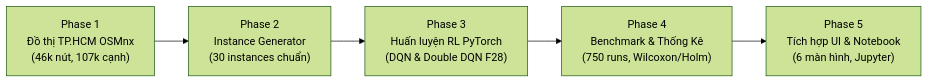
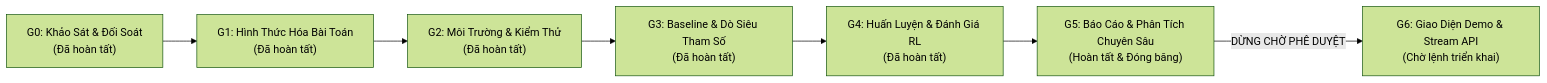
Before and after one commit to philipsgn/HotWAY: the diagram in PLAN.md, drawn with Mermaid (forest theme). The commit also changed other lines of this file and 193 other files, not shown here.

````diff
--- a/PLAN.md
+++ b/PLAN.md
@@ -12,7 +12,9 @@
 ```mermaid
 flowchart LR
-    G1["Phase 1\nĐồ thị TP.HCM OSMnx\n(46k nút, 107k cạnh)"] --> G2["Phase 2\nInstance Generator\n(30 instances chuẩn)"]
-    G2 --> G3["Phase 3\nHuấn luyện RL PyTorch\n(DQN & Double DQN F28)"]
-    G3 --> G4["Phase 4\nBenchmark & Thống Kê\n(750 runs, Wilcoxon/Holm)"]
-    G4 --> G5["Phase 5\nTích hợp UI & Notebook\n(6 màn hình, Jupyter)"]
+    G0["G0: Khảo Sát & Đối Soát\n(Đã hoàn tất)"] --> G1["G1: Hình Thức Hóa Bài Toán\n(Đã hoàn tất)"]
+    G1 --> G2["G2: Môi Trường & Kiểm Thử\n(Đã hoàn tất)"]
+    G2 --> G3["G3: Baseline & Dò Siêu Tham Số\n(Đã hoàn tất)"]
+    G3 --> G4["G4: Huấn Luyện & Đánh Giá RL\n(Đã hoàn tất)"]
+    G4 --> G5["G5: Báo Cáo & Phân Tích Chuyên Sâu\n(Hoàn tất & Đóng băng)"]
+    G5 -->|DỪNG CHỜ PHÊ DUYỆT| G6["G6: Giao Diện Demo & Stream API\n(Chờ lệnh triển khai)"]
 ```
````
